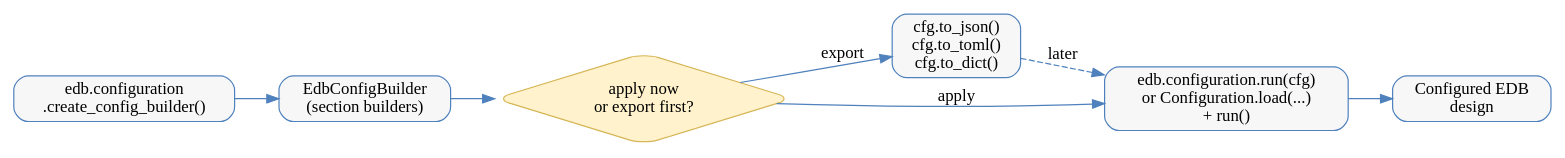
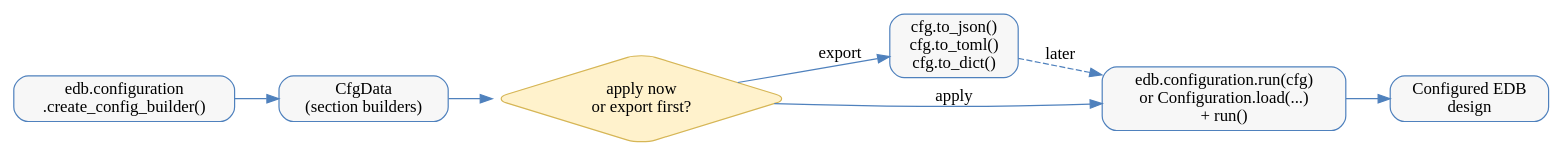
The diagram in doc/source/configuration/configuration_api_guide.rst (ansys/pyedb), drawn with Graphviz before and after one commit. The commit also changed other lines of this file and 4 other files, not shown here.

```diff
--- a/doc/source/configuration/configuration_api_guide.rst
+++ b/doc/source/configuration/configuration_api_guide.rst
@@ -33,20 +33,20 @@
 .. graphviz::
 
    digraph configuration_api_workflow {
        rankdir=LR;
        node [shape=box, style="rounded,filled", fillcolor="#F7F7F7", color="#4F81BD"];
        edge [color="#4F81BD"];
 
        create [label="edb.configuration\n.create_config_builder()"];
-       build  [label="EdbConfigBuilder\n(section builders)"];
+       build  [label="CfgData\n(section builders)"];
        decide [label="apply now\nor export first?", shape=diamond, fillcolor="#FFF2CC", color="#D6B656"];
        export [label="cfg.to_json()\ncfg.to_toml()\ncfg.to_dict()"];
        run    [label="edb.configuration.run(cfg)\nor Configuration.load(...)\n+ run()"];
        design [label="Configured EDB\ndesign"];
 
        create -> build -> decide;
        decide -> run    [label="apply"];
        decide -> export [label="export"];
        export -> run    [style=dashed, label="later"];
        run -> design;
    }
```
